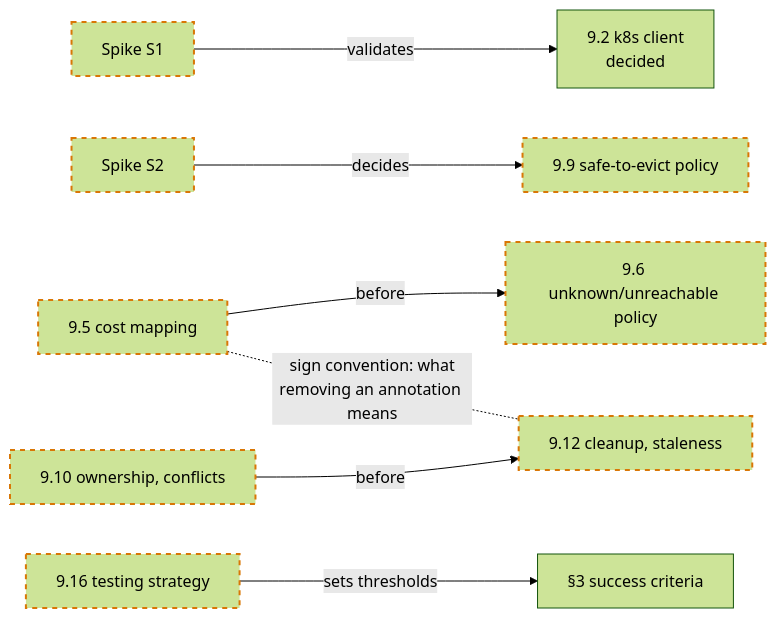
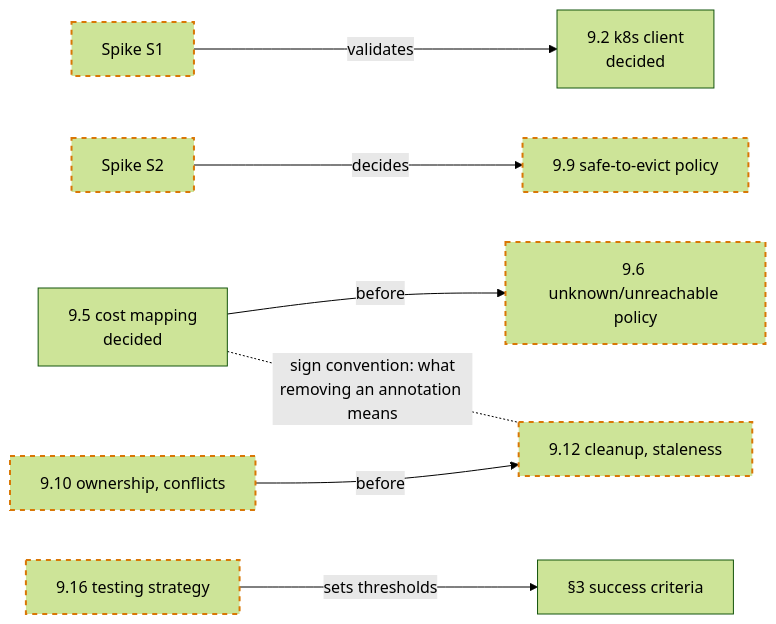
The tenth of 10 diagrams in docs/OVERVIEW.md (steven-cutting/knarr), drawn with Mermaid (forest theme) before and after one commit. The commit also changed other lines of this file and 16 other files, not shown here.

First line of the commit message:
Settle the cost mapping for ticket 20

````diff
--- a/docs/OVERVIEW.md
+++ b/docs/OVERVIEW.md
@@ -505,10 +497,10 @@
 ```mermaid
 flowchart LR
     S1[Spike S1]:::open -- "validates" --> D2["9.2 k8s client<br/>decided"]
     S2[Spike S2]:::open -- "decides" --> D9["9.9 safe-to-evict policy"]:::open
-    D5["9.5 cost mapping"]:::open -- "before" --> D6["9.6 unknown/unreachable policy"]:::open
+    D5["9.5 cost mapping<br/>decided"] -- "before" --> D6["9.6 unknown/unreachable policy"]:::open
     D10["9.10 ownership, conflicts"]:::open -- "before" --> D12["9.12 cleanup, staleness"]:::open
     D5 -. "sign convention: what<br/>removing an annotation means" .- D12
     D16["9.16 testing strategy"]:::open -- "sets thresholds" --> SC["§3 success criteria"]
     classDef open stroke:#d97706,stroke-width:2px,stroke-dasharray:5 5
 ```
````
